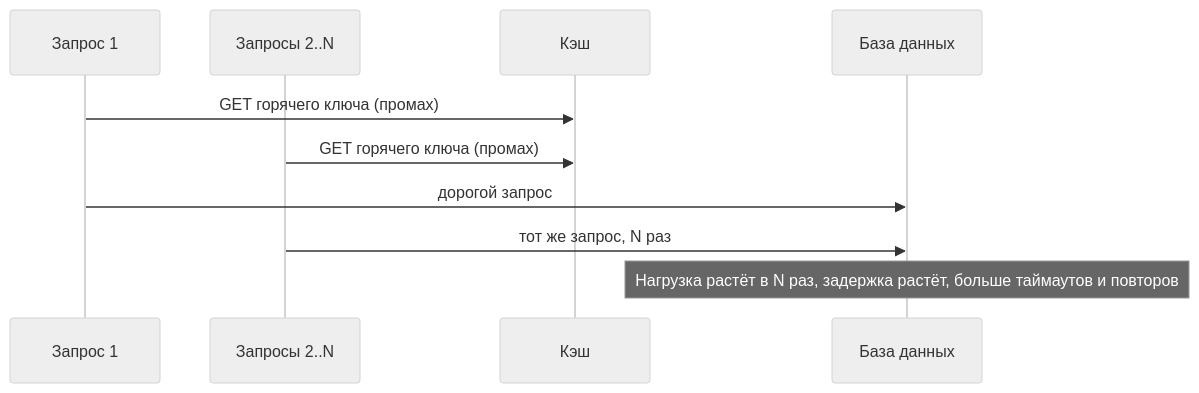
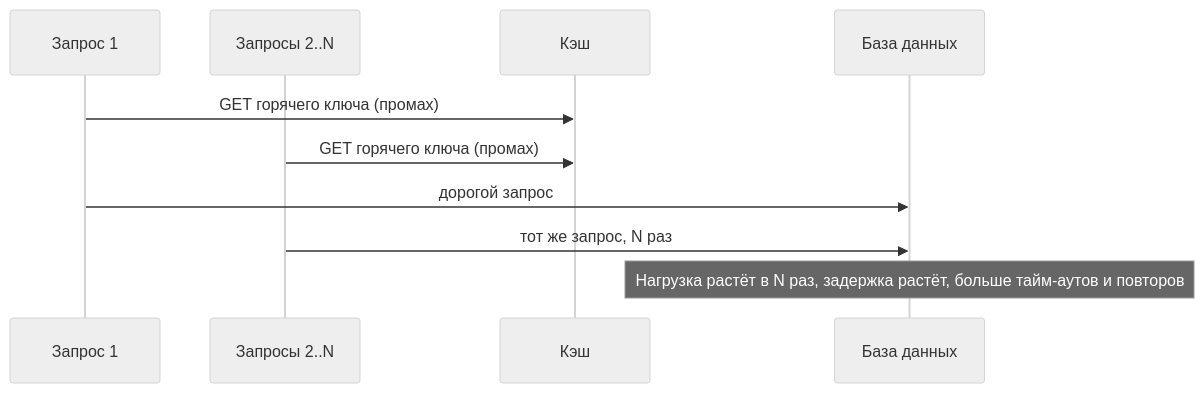
One commit to butyavk/system-design changed the sixth of 7 diagrams in src/content/docs/ru/caching/cache-strategies.mdx. Above: the diagram before and after it, drawn with Mermaid (neutral theme). The commit also changed other lines of this file and 54 other files, not shown here.

````diff
--- a/src/content/docs/ru/caching/cache-strategies.mdx
+++ b/src/content/docs/ru/caching/cache-strategies.mdx
@@ -237,12 +237,12 @@
 ```mermaid
 sequenceDiagram
   participant R1 as Запрос 1
   participant R2 as Запросы 2..N
   participant C as Кэш
   participant D as База данных
   R1->>C: GET горячего ключа (промах)
   R2->>C: GET горячего ключа (промах)
   R1->>D: дорогой запрос
   R2->>D: тот же запрос, N раз
-  Note over D: Нагрузка растёт в N раз, задержка растёт, больше таймаутов и повторов
+  Note over D: Нагрузка растёт в N раз, задержка растёт, больше тайм-аутов и повторов
 ```
````
